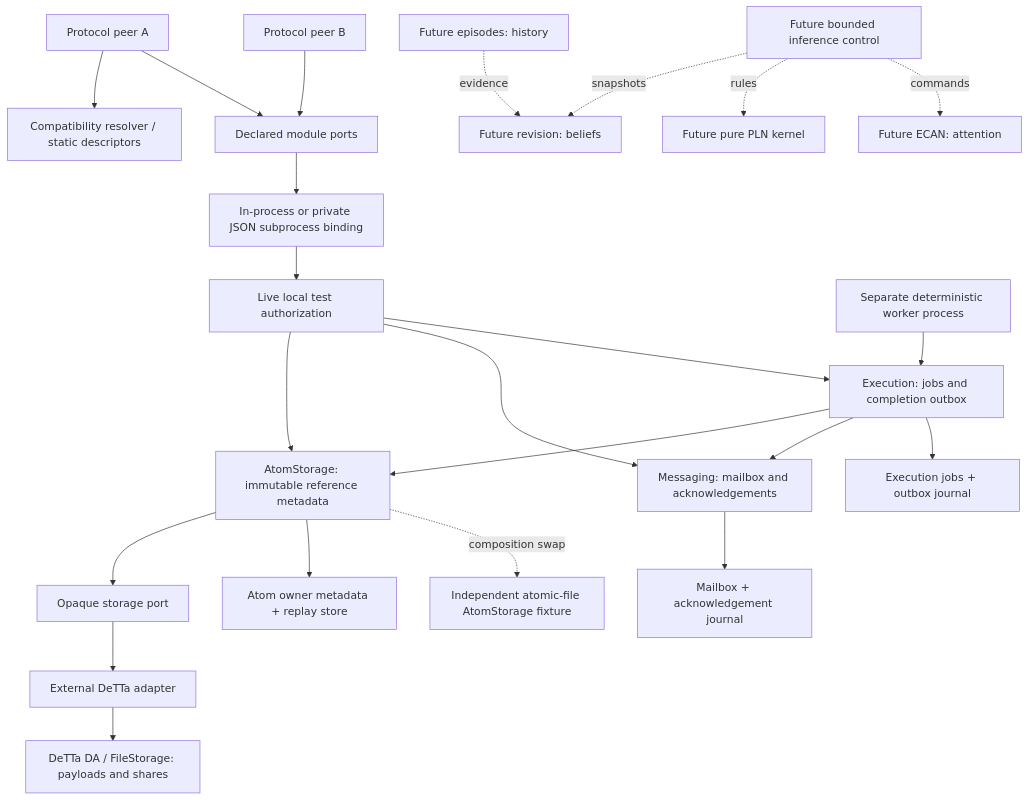
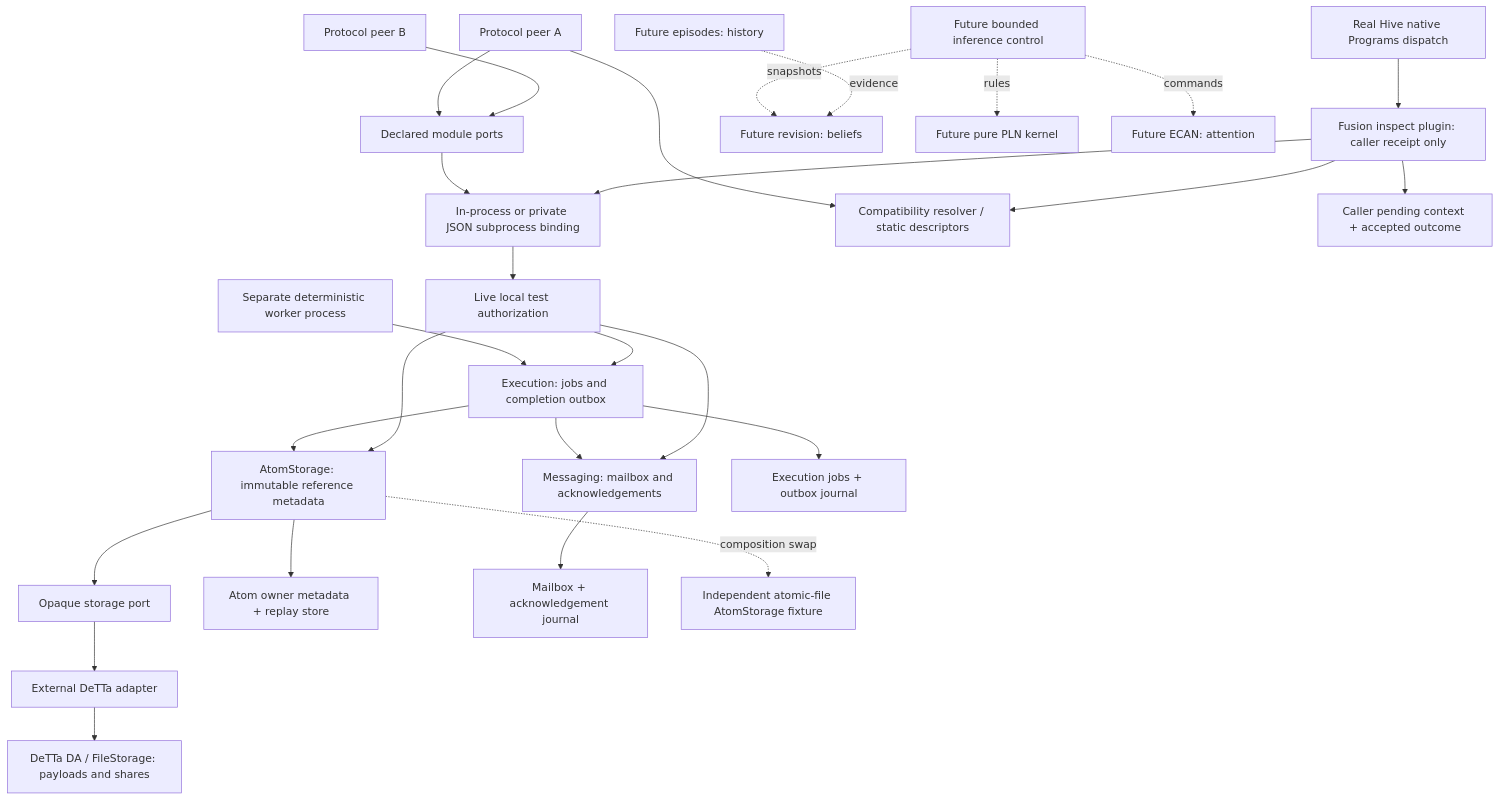
Before and after one commit to machieke/fusion-module-interfaces: the first of 2 diagrams in docs/module-interfaces/architecture.md, drawn with Mermaid. The commit also changed other lines of this file and 43 other files, not shown here.

Commit message:
Record M1.2 native Hive recovery and fresh-source gate evidence

````diff
--- a/docs/module-interfaces/architecture.md
+++ b/docs/module-interfaces/architecture.md
@@ -7,25 +7,29 @@
 ```mermaid
 flowchart TD
+  H[Real Hive native Programs dispatch] --> HA[Fusion inspect plugin: caller receipt only]
+  HA --> T
+  HA --> R
+  HA --> HR[Caller pending context + accepted outcome]
   A[Protocol peer A] --> R[Compatibility resolver / static descriptors]
   B[Protocol peer B] --> P[Declared module ports]
   A --> P
   P --> T[In-process or private JSON subprocess binding]
   T --> AUTH[Live local test authorization]
   AUTH --> AT[AtomStorage: immutable reference metadata]
   AUTH --> MSG[Messaging: mailbox and acknowledgements]
   AUTH --> EX[Execution: jobs and completion outbox]
   W[Separate deterministic worker process] --> EX
   EX --> AT
   EX --> MSG
   AT --> DA[Opaque storage port]
   DA --> AD[External DeTTa adapter]
   AD --> FS[DeTTa DA / FileStorage: payloads and shares]
   AT --> AS[Atom owner metadata + replay store]
   MSG --> MS[Mailbox + acknowledgement journal]
   EX --> ES[Execution jobs + outbox journal]
   AT -. composition swap .-> AF[Independent atomic-file AtomStorage fixture]
   EP[Future episodes: history] -. evidence .-> BR[Future revision: beliefs]
   IC[Future bounded inference control] -. snapshots .-> BR
   IC -. rules .-> PLN[Future pure PLN kernel]
   IC -. commands .-> EC[Future ECAN: attention]
 ```
````
